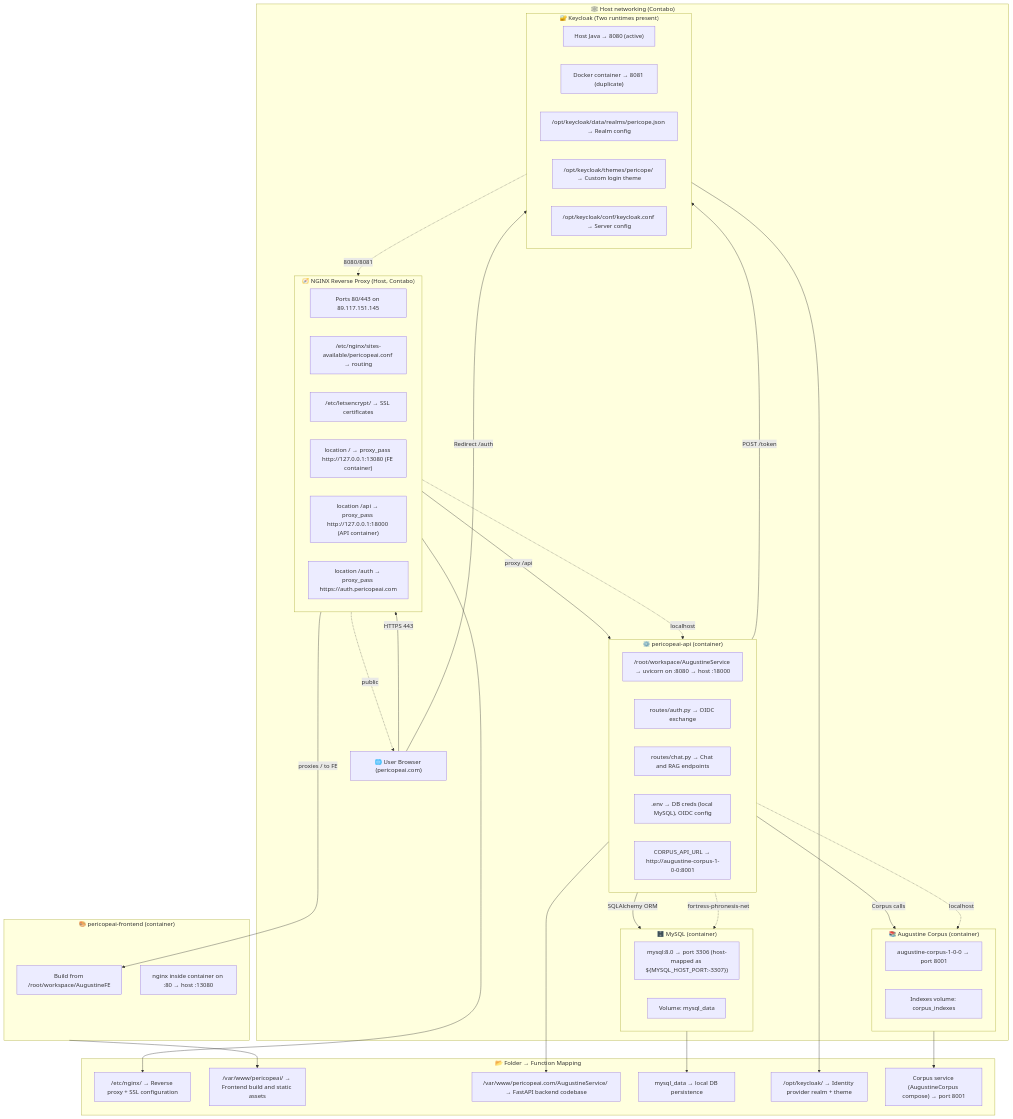
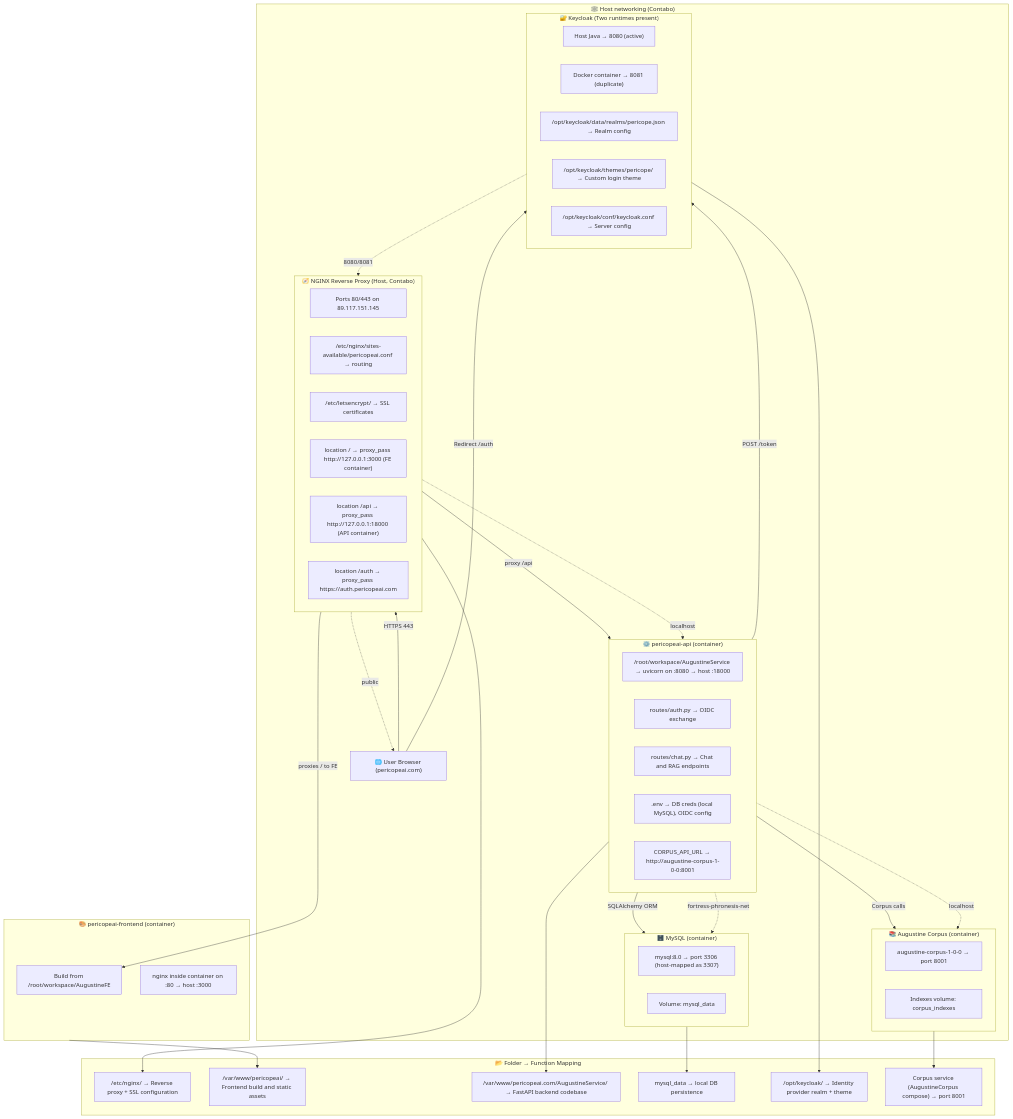
Before and after one commit to benlagrone/fortress-phronesis: the diagram in docs/pericope-ai-deployment.mmd, drawn with Mermaid. The commit also changed 25 other files, not shown here.

```diff
--- a/docs/pericope-ai-deployment.mmd
+++ b/docs/pericope-ai-deployment.mmd
@@ -1,86 +1,86 @@
 graph TD
 
 %% ─── USER TRAFFIC ───────────────────────────────
 U["🌐 User Browser (pericopeai.com)"] -->|HTTPS 443| NGINX
 
 %% ─── NGINX REVERSE PROXY (HOST) ──────────────
 subgraph NGINX["🧭 NGINX Reverse Proxy (Host, Contabo)"]
     N1["Ports 80/443 on 89.117.151.145"]
     N2["/etc/nginx/sites-available/pericopeai.conf → routing"]
     N3["/etc/letsencrypt/ → SSL certificates"]
-    N4["location / → proxy_pass http://127.0.0.1:13080 (FE container)"]
+    N4["location / → proxy_pass http://127.0.0.1:3000 (FE container)"]
     N5["location /api → proxy_pass http://127.0.0.1:18000 (API container)"]
     N6["location /auth → proxy_pass https://auth.pericopeai.com"]
 end
 
 %% ─── FRONTEND (CONTAINER) ─────────────────────────
 subgraph FRONTEND["🎨 pericopeai-frontend (container)"]
     F1["Build from /root/workspace/AugustineFE"]
-    F2["nginx inside container on :80 → host :13080"]
+    F2["nginx inside container on :80 → host :3000"]
 end
 
 NGINX -->|proxies / to FE| F1
 
 %% ─── FASTAPI BACKEND (CONTAINER) ─────────────
 subgraph FASTAPI["⚙️ pericopeai-api (container)"]
     B1["/root/workspace/AugustineService → uvicorn on :8080 → host :18000"]
     B2["routes/auth.py → OIDC exchange"]
     B3["routes/chat.py → Chat and RAG endpoints"]
     B4[".env → DB creds (local MySQL), OIDC config"]
     B5["CORPUS_API_URL → http://augustine-corpus-1-0-0:8001"]
 end
 
 NGINX -->|proxy /api| FASTAPI
 
 %% ─── CORPUS SERVICE ──────────────────────────
 subgraph CORPUS["📚 Augustine Corpus (container)"]
     C1["augustine-corpus-1-0-0 → port 8001"]
     C2["Indexes volume: corpus_indexes"]
 end
 
 %% ─── DATABASE (CONTAINER) ─────────────────-----
 subgraph DB["🗄️ MySQL (container)"]
-    D1["mysql:8.0 → port 3306 (host-mapped as ${MYSQL_HOST_PORT:-3307})"]
+    D1["mysql:8.0 → port 3306 (host-mapped as 3307)"]
     D2["Volume: mysql_data"]
 end
 
 FASTAPI -->|SQLAlchemy ORM| DB
 FASTAPI -->|Corpus calls| CORPUS
 
 %% ─── KEYCLOAK INSTANCES ─────────────────────────
 subgraph KC["🔐 Keycloak (Two runtimes present)"]
     K1["Host Java → 8080 (active)"]
     K2["Docker container → 8081 (duplicate)"]
     K3["/opt/keycloak/data/realms/pericope.json → Realm config"]
     K4["/opt/keycloak/themes/pericope/ → Custom login theme"]
     K5["/opt/keycloak/conf/keycloak.conf → Server config"]
 end
 
 FASTAPI -->|POST /token| KC
 U -->|Redirect /auth| KC
 
 %% ─── NETWORKING ─────────────────────────────────
 subgraph NET["🕸️ Host networking (Contabo)"]
     NGINX -.->|localhost| FASTAPI
     FASTAPI -.->|localhost| CORPUS
     FASTAPI -.->|fortress-phronesis-net| DB
     KC -.->|8080/8081| NGINX
     NGINX -.->|public| U
 end
 
 %% ─── FOLDER SUMMARY NODES ───────────────────────
 subgraph SUMMARY["📂 Folder → Function Mapping"]
     S1["/etc/nginx/ → Reverse proxy + SSL configuration"]
     S2["/var/www/pericopeai/ → Frontend build and static assets"]
     S3["/var/www/pericopeai.com/AugustineService/ → FastAPI backend codebase"]
     S4["mysql_data → local DB persistence"]
     S5["/opt/keycloak/ → Identity provider realm + theme"]
     S6["Corpus service (AugustineCorpus compose) → port 8001"]
 end
 
 NGINX --> S1
 FRONTEND --> S2
 FASTAPI --> S3
 DB --> S4
 KC --> S5
 CORPUS --> S6
```
